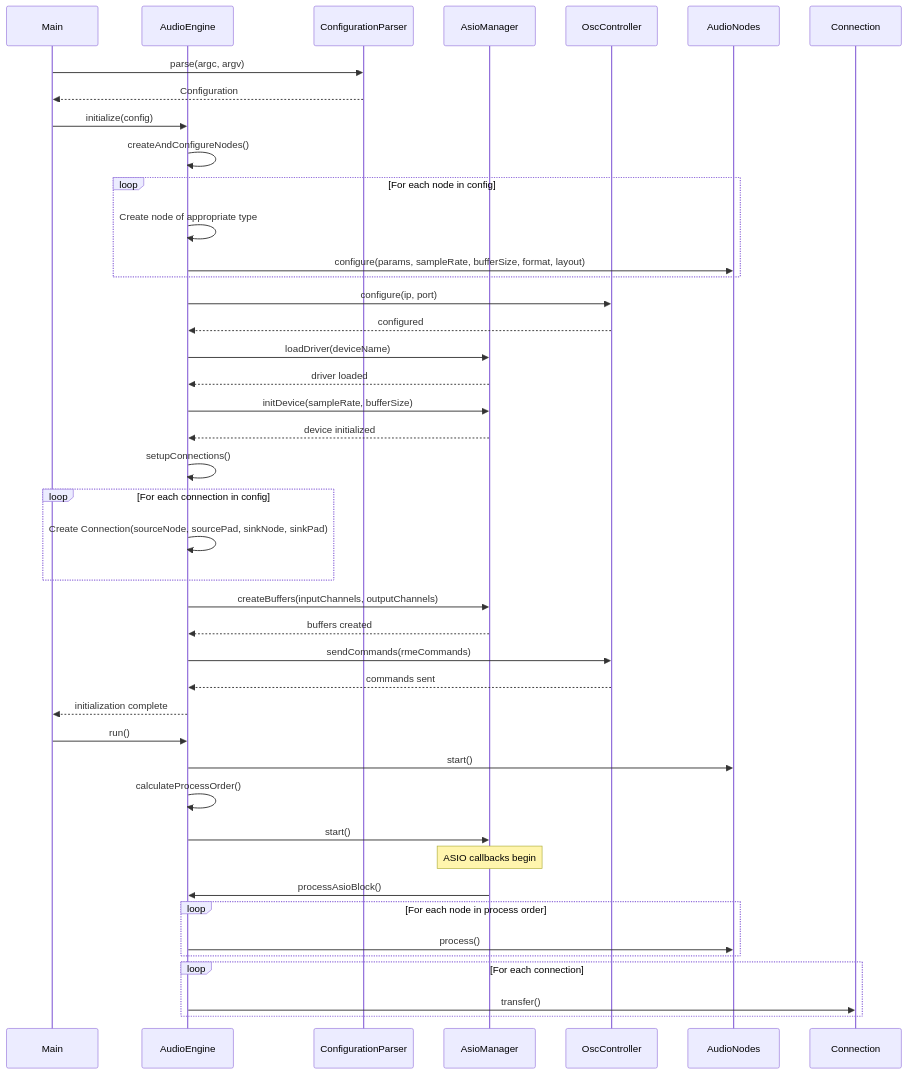
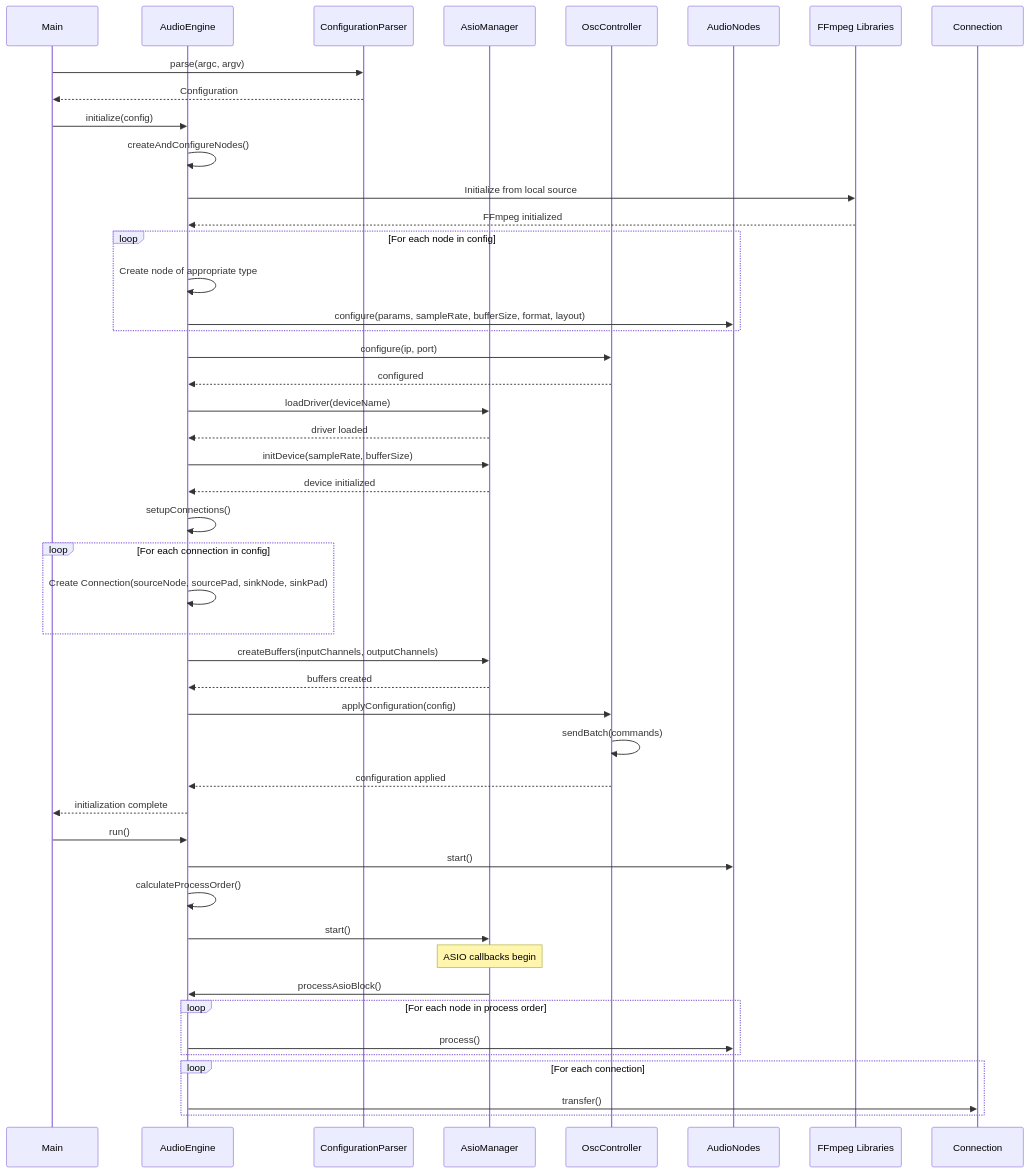
Before and after one commit to david-t-martel/oscmex: the third of 5 diagrams in src/AudioEngine/MERMAID.md, drawn with Mermaid. The commit also changed other lines of this file and 11 other files, not shown here.

First line of the commit message:
Add RME TotalMix FX OSC Command List documentation

````diff
--- a/src/AudioEngine/MERMAID.md
+++ b/src/AudioEngine/MERMAID.md
@@ -292,60 +345,65 @@
 ```mermaid
 sequenceDiagram
     participant Main
     participant Engine as AudioEngine
     participant Config as ConfigurationParser
     participant ASIO as AsioManager
-    participant RME as OscController
+    participant OSC as OscController
     participant Nodes as AudioNodes
+    participant FFmpeg as FFmpeg Libraries
 
     Main->>Config: parse(argc, argv)
     Config-->>Main: Configuration
 
     Main->>Engine: initialize(config)
     Engine->>Engine: createAndConfigureNodes()
 
+    Engine->>FFmpeg: Initialize from local source
+    FFmpeg-->>Engine: FFmpeg initialized
+
     loop For each node in config
         Engine->>Engine: Create node of appropriate type
         Engine->>Nodes: configure(params, sampleRate, bufferSize, format, layout)
     end
 
-    Engine->>RME: configure(ip, port)
-    RME-->>Engine: configured
+    Engine->>OSC: configure(ip, port)
+    OSC-->>Engine: configured
 
     Engine->>ASIO: loadDriver(deviceName)
     ASIO-->>Engine: driver loaded
 
     Engine->>ASIO: initDevice(sampleRate, bufferSize)
     ASIO-->>Engine: device initialized
 
     Engine->>Engine: setupConnections()
 
     loop For each connection in config
         Engine->>Engine: Create Connection(sourceNode, sourcePad, sinkNode, sinkPad)
     end
 
     Engine->>ASIO: createBuffers(inputChannels, outputChannels)
     ASIO-->>Engine: buffers created
 
-    Engine->>RME: sendCommands(rmeCommands)
-    RME-->>Engine: commands sent
+    Engine->>OSC: applyConfiguration(config)
+    OSC->>OSC: sendBatch(commands)
+    OSC-->>Engine: configuration applied
 
     Engine-->>Main: initialization complete
 
     Main->>Engine: run()
     Engine->>Nodes: start()
     Engine->>Engine: calculateProcessOrder()
     Engine->>ASIO: start()
 
     Note over ASIO: ASIO callbacks begin
 
     ASIO->>Engine: processAsioBlock()
 
     loop For each node in process order
         Engine->>Nodes: process()
     end
 
     loop For each connection
         Engine->>Connection: transfer()
     end
 ```
````
